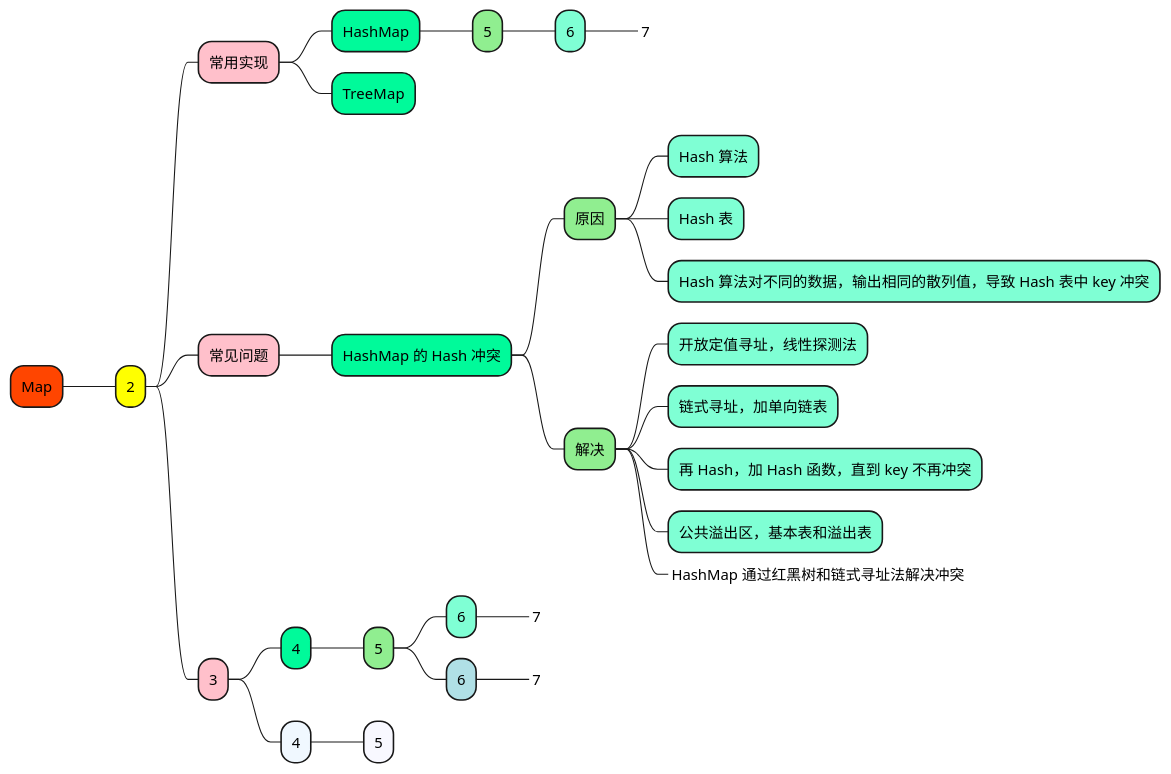
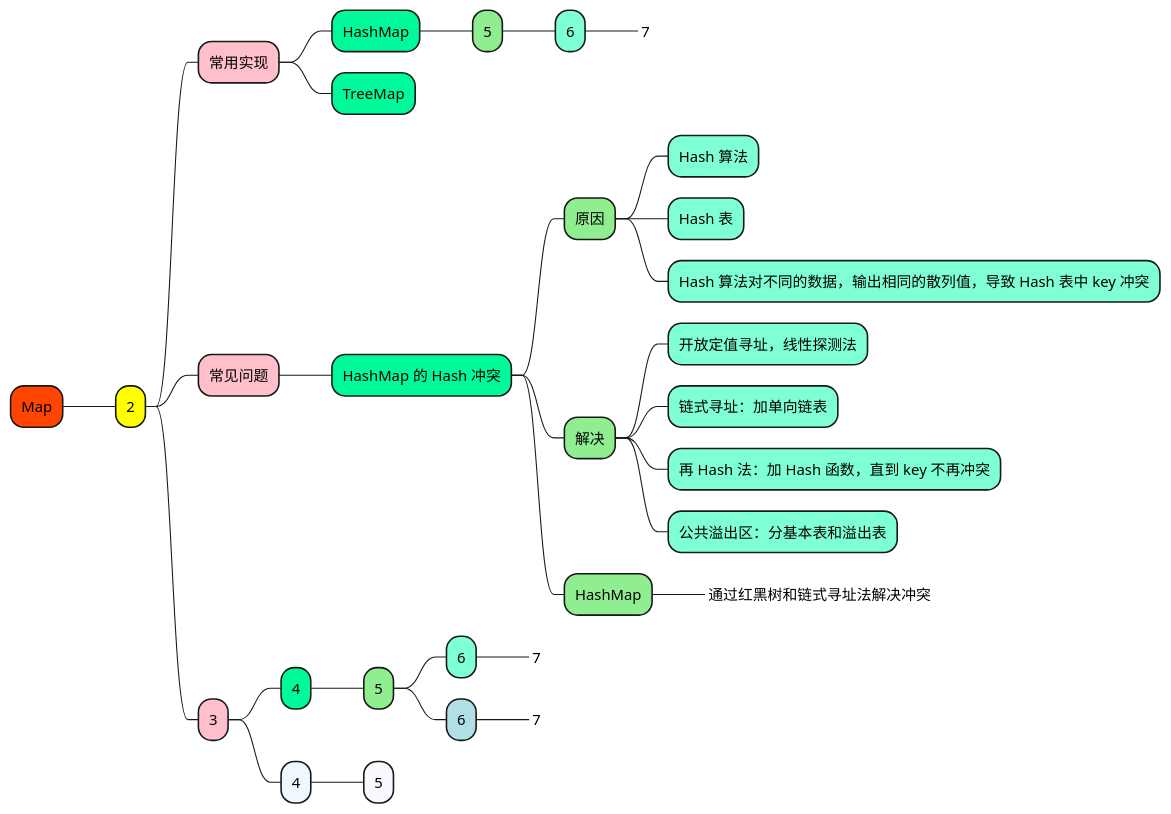
The diagram in 1_map/1-java/Java-map.puml (doveg/self-cultivation-of-a-software-engineer), drawn with PlantUML before and after one commit. The commit also changed 16 other files, not shown here.

```diff
--- a/1_map/1-java/Java-map.puml
+++ b/1_map/1-java/Java-map.puml
@@ -1,51 +1,52 @@
 @startmindmap
 
 +[#OrangeRed] Map
 
 ++[#yellow] 2
 
 +++[#Pink] 常用实现
 
 ++++[#MediumSpringGreen] HashMap
 +++++[#LightGreen] 5
 ++++++[#Aquamarine] 6
 +++++++[#Aquamarine]_ 7
 
 
 
 ++++[#MediumSpringGreen] TreeMap
 
 
 
 +++[#Pink] 常见问题
 
 ++++[#MediumSpringGreen] HashMap 的 Hash 冲突
 
 +++++[#LightGreen] 原因
 ++++++[#Aquamarine] Hash 算法
 ++++++[#Aquamarine] Hash 表
 ++++++[#Aquamarine] Hash 算法对不同的数据，输出相同的散列值，导致 Hash 表中 key 冲突
 
 +++++[#LightGreen] 解决
 ++++++[#Aquamarine] 开放定值寻址，线性探测法
-++++++[#Aquamarine] 链式寻址，加单向链表
-++++++[#Aquamarine] 再 Hash，加 Hash 函数，直到 key 不再冲突
-++++++[#Aquamarine] 公共溢出区，基本表和溢出表
+++++++[#Aquamarine] 链式寻址：加单向链表
+++++++[#Aquamarine] 再 Hash 法：加 Hash 函数，直到 key 不再冲突
+++++++[#Aquamarine] 公共溢出区：分基本表和溢出表
 
-++++++[#Aquamarine]_ HashMap 通过红黑树和链式寻址法解决冲突
++++++[#LightGreen] HashMap
+++++++[#Aquamarine]_ 通过红黑树和链式寻址法解决冲突
 
 
 
 +++[#Pink] 3
 
 ++++[#MediumSpringGreen] 4
 +++++[#LightGreen] 5
 ++++++[#Aquamarine] 6
 +++++++[#Aquamarine]_ 7
 ++++++[#PowderBlue] 6
 +++++++[#PowderBlue]_ 7
 ++++[#AliceBlue] 4
 +++++[#GhostWhite] 5
 
 
 @endmindmap
```
